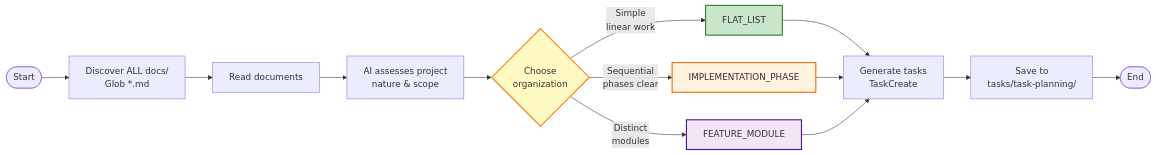
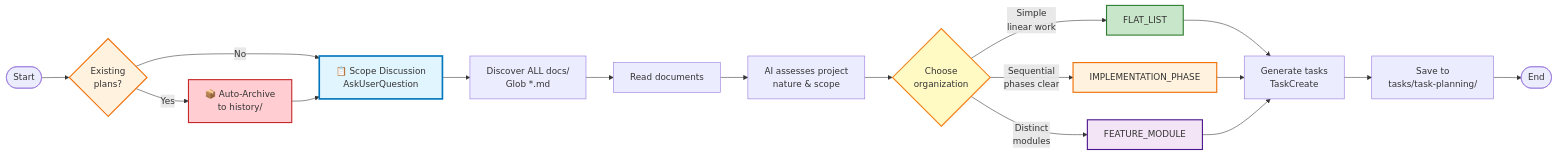
One commit to abcxyzx0099/datachat changed the diagram in .claude/skills/task-planning/SKILL.md. Above: the diagram before and after it, drawn with Mermaid. The commit also changed other lines of this file, not shown here.

First line of the commit message:
feat(skills): add auto-archive step to task-planning skill

````diff
--- a/.claude/skills/task-planning/SKILL.md
+++ b/.claude/skills/task-planning/SKILL.md
@@ -20,23 +24,31 @@
 ```mermaid
 flowchart LR
-    Start([Start]) --> Discover[Discover ALL docs/<br/>Glob *.md]
+    Start([Start]) --> Check{Existing<br/>plans?}
+    Check -->|No| Scope["📋 Scope Discussion<br/>AskUserQuestion"]
+    Check -->|Yes| Archive["📦 Auto-Archive<br/>to history/"]
+    Archive --> Scope
+
+    Scope --> Discover[Discover ALL docs/<br/>Glob *.md]
     Discover --> Read[Read documents]
     Read --> Assess[AI assesses project<br/>nature & scope]
     Assess --> Decide{Choose<br/>organization}
 
     Decide -->|Simple<br/>linear work| Flat[FLAT_LIST]
     Decide -->|Sequential<br/>phases clear| Phase[IMPLEMENTATION_PHASE]
     Decide -->|Distinct<br/>modules| Module[FEATURE_MODULE]
 
     Flat --> Generate[Generate tasks<br/>TaskCreate]
     Phase --> Generate
     Module --> Generate
 
     Generate --> Save[Save to<br/>tasks/task-planning/]
     Save --> End([End])
 
+    style Check fill:#fff3e0,stroke:#ef6c00,stroke-width:2px
+    style Archive fill:#ffcdd2,stroke:#c62828,stroke-width:2px
+    style Scope fill:#e1f5fe,stroke:#0277bd,stroke-width:3px
     style Decide fill:#fff9c4,stroke:#f57f17,stroke-width:2px
     style Flat fill:#c8e6c9,stroke:#2e7d32,stroke-width:2px
     style Phase fill:#fff3e0,stroke:#ef6c00,stroke-width:2px
     style Module fill:#f3e5f5,stroke:#4a148c,stroke-width:2px
 ```
````
